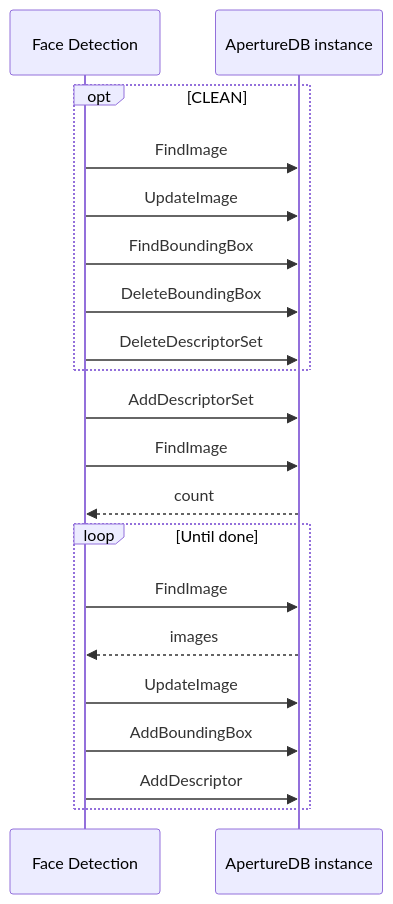
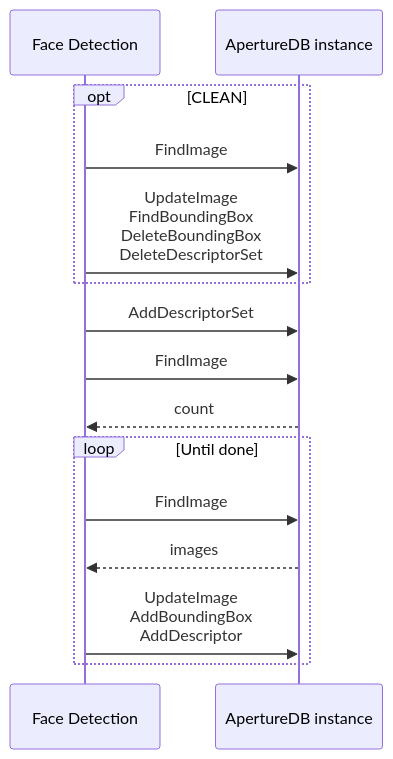
The diagram in apps/face-detection/README.md (aperture-data/workflows), drawn with Mermaid before and after one commit. The commit also changed 2 other files, not shown here.

Commit message:
compact same message onto same line

````diff
--- a/apps/face-detection/README.md
+++ b/apps/face-detection/README.md
@@ -10,22 +10,17 @@
 ```mermaid
 sequenceDiagram
     participant W as Face Detection
     participant A as ApertureDB instance
     opt CLEAN
         W->>A: FindImage
-        W->>A: UpdateImage
-        W->>A: FindBoundingBox
-        W->>A: DeleteBoundingBox
-        W->>A: DeleteDescriptorSet
+        W->>A: UpdateImage<br/>FindBoundingBox<br/>DeleteBoundingBox<br/>DeleteDescriptorSet
     end
     W->>A: AddDescriptorSet
     W->>A: FindImage
     A-->>W: count
     loop Until done
         W->>A: FindImage
         A-->>W: images
-        W->>A: UpdateImage  
-        W->>A: AddBoundingBox
-        W->>A: AddDescriptor
+        W->>A: UpdateImage<br/>AddBoundingBox<br/>AddDescriptor
     end
 ```
````
